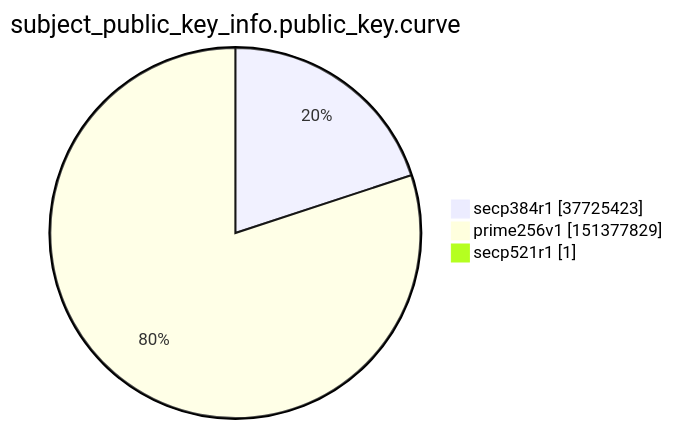
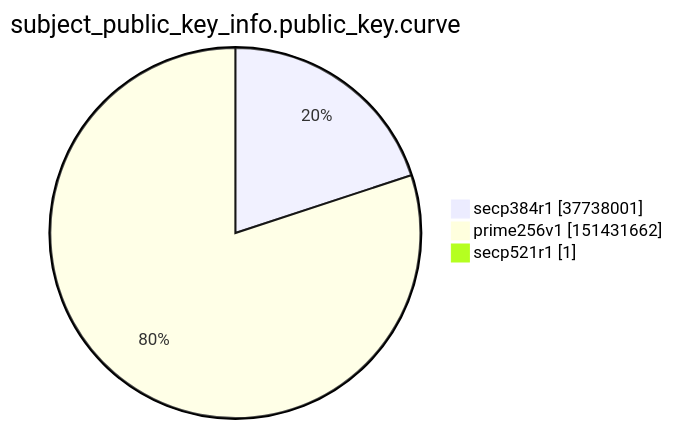
Before and after one commit to christiankrug/ctmonitor_visualization: the ninth of 15 diagrams in xenon2022/README.md, drawn with Mermaid. The commit also changed other lines of this file, not shown here.

````diff
--- a/xenon2022/README.md
+++ b/xenon2022/README.md
@@ -2859,7 +2860,7 @@
 ```mermaid
 pie showData
 title subject_public_key_info.public_key.curve
-"secp384r1" :37725423
-"prime256v1" :151377829
+"secp384r1" :37738001
+"prime256v1" :151431662
 "secp521r1" :1
 ```
````
